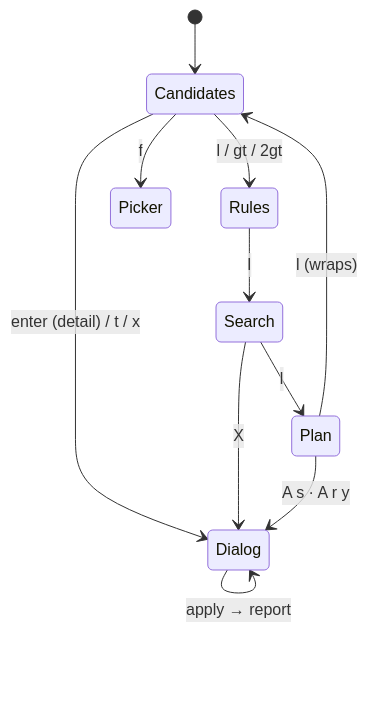
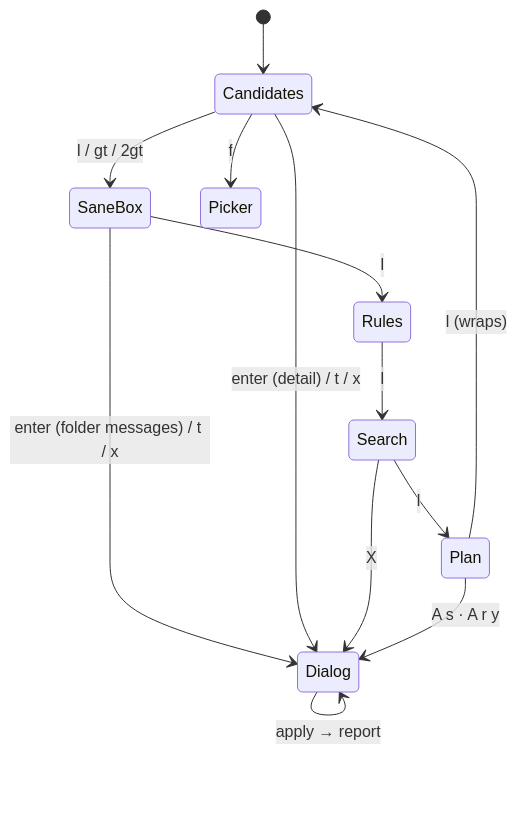
Before and after one commit to jfryman/sluice: the diagram in lode/tui/summary.md, drawn with Mermaid. The commit also changed other lines of this file and 15 other files, not shown here.

First line of the commit message:
Add a SaneBox tab for browsing SaneBox's folders

````diff
--- a/lode/tui/summary.md
+++ b/lode/tui/summary.md
@@ -13,13 +13,15 @@
 ```mermaid
 stateDiagram-v2
   [*] --> Candidates
-  Candidates --> Rules: l / gt / 2gt
+  Candidates --> SaneBox: l / gt / 2gt
+  SaneBox --> Rules: l
+  SaneBox --> Dialog: enter (folder messages) / t / x
   Rules --> Search: l
   Search --> Plan: l
   Plan --> Candidates: l (wraps)
   Candidates --> Dialog: enter (detail) / t / x
   Candidates --> Picker: f
   Search --> Dialog: X
   Plan --> Dialog: A s · A r y
   Dialog --> Dialog: apply → report
 ```
````
